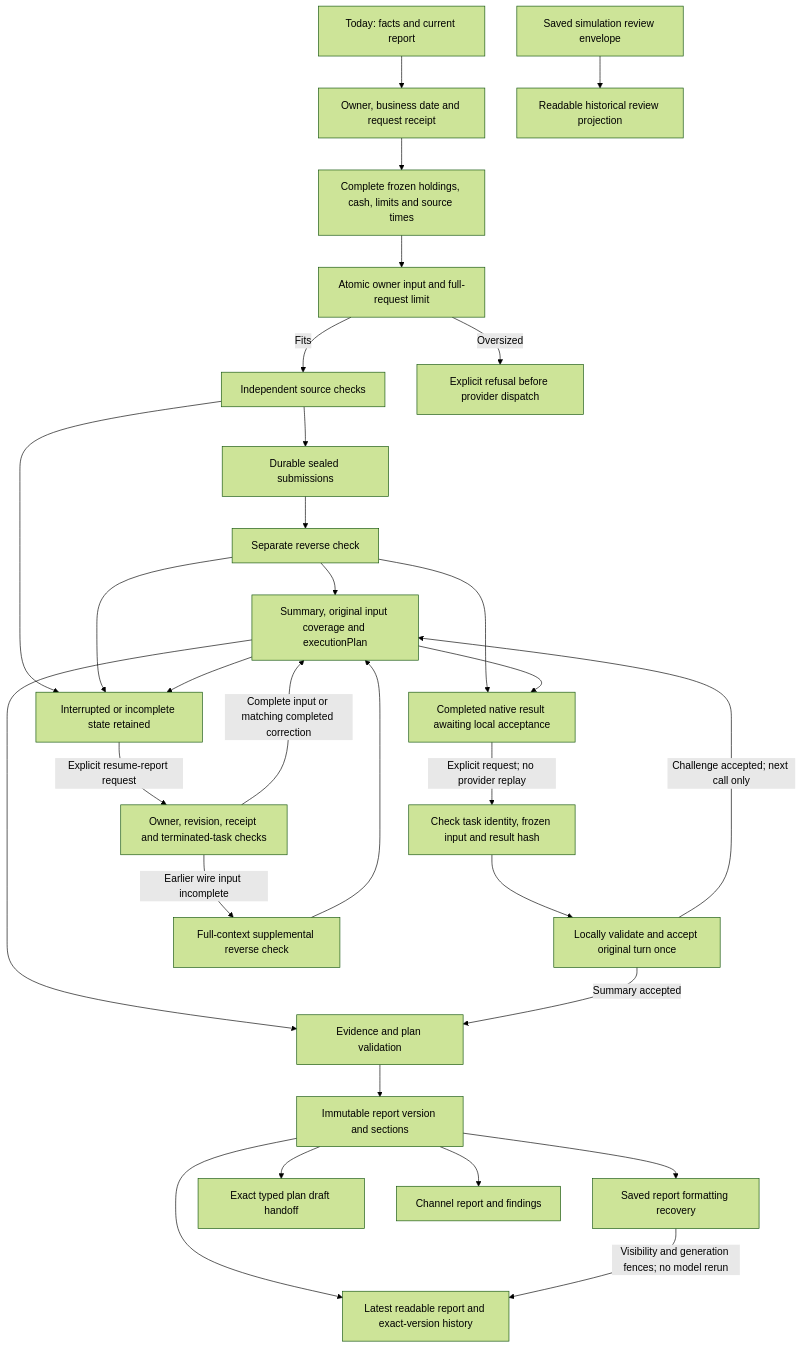
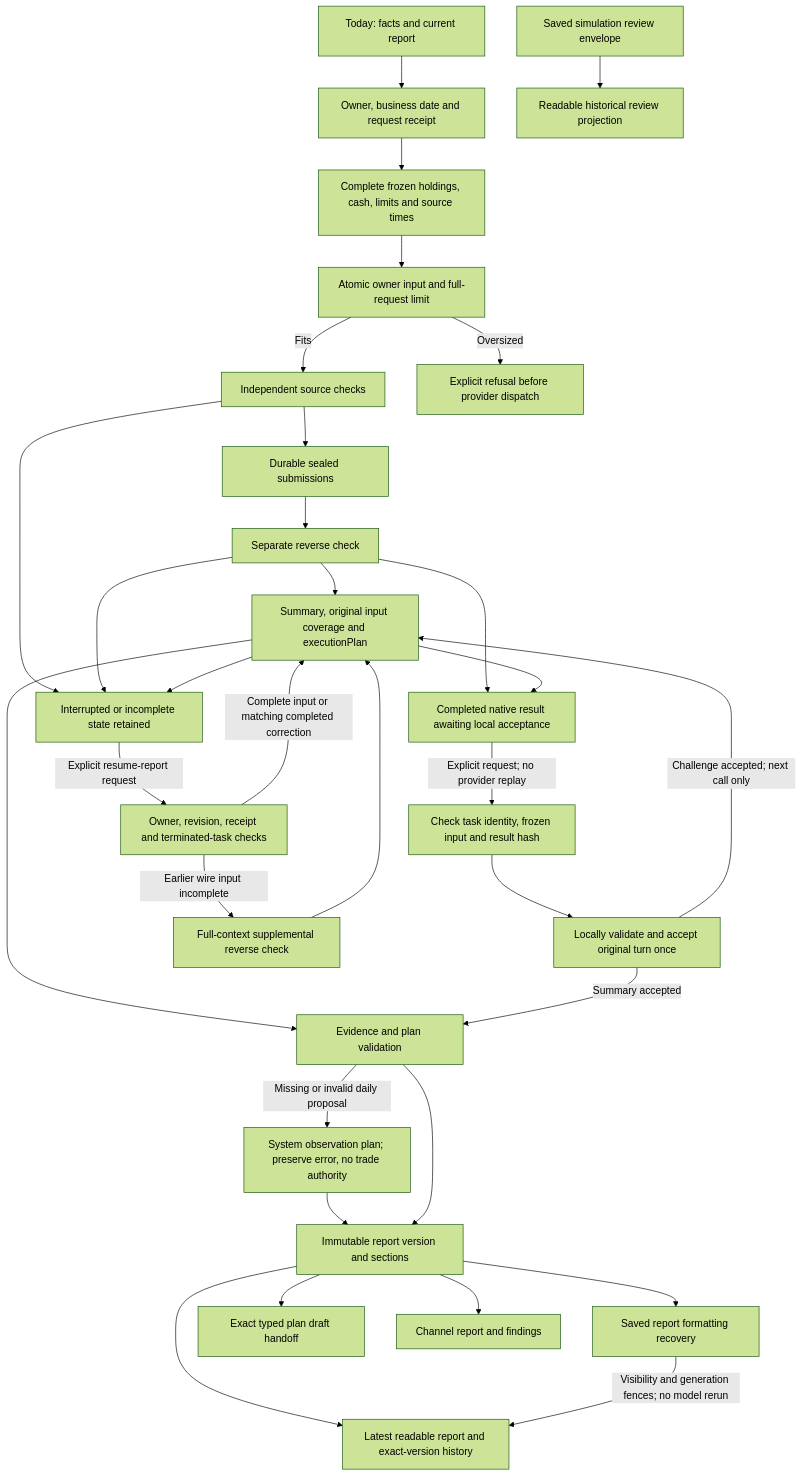
The second of 5 diagrams in docs/architecture.md (Lueyu/squabble), drawn with Mermaid (forest theme) before and after one commit. The commit also changed other lines of this file and 70 other files, not shown here.

````diff
--- a/docs/architecture.md
+++ b/docs/architecture.md
@@ -51,32 +53,34 @@
 ```mermaid
 flowchart TD
     today["Today: facts and current report"] --> request["Owner, business date and request receipt"]
     request --> frozen["Complete frozen holdings, cash, limits and source times"]
     frozen --> fit["Atomic owner input and full-request limit"]
     fit -->|"Fits"| independent["Independent source checks"]
     fit -->|"Oversized"| refuse["Explicit refusal before provider dispatch"]
     independent --> sealed["Durable sealed submissions"]
     sealed --> reverse["Separate reverse check"]
     reverse --> summary["Summary, original input coverage and executionPlan"]
     summary --> validate["Evidence and plan validation"]
+    validate -->|"Missing or invalid daily proposal"| observationPlan["System observation plan; preserve error, no trade authority"]
+    observationPlan --> archive
     validate --> archive["Immutable report version and sections"]
     archive --> reading["Latest readable report and exact-version history"]
     archive --> saved["Saved report formatting recovery"]
     saved -->|"Visibility and generation fences; no model rerun"| reading
     review["Saved simulation review envelope"] --> reviewProjection["Readable historical review projection"]
     archive --> handoff["Exact typed plan draft handoff"]
     archive --> channelSource["Channel report and findings"]
     independent --> interrupted["Interrupted or incomplete state retained"]
     reverse --> interrupted
     summary --> interrupted
     reverse --> returned["Completed native result awaiting local acceptance"]
     summary --> returned
     returned -->|"Explicit request; no provider replay"| reparse["Check task identity, frozen input and result hash"]
     reparse --> accept["Locally validate and accept original turn once"]
     accept -->|"Challenge accepted; next call only"| summary
     accept -->|"Summary accepted"| validate
     interrupted -->|"Explicit resume-report request"| resume["Owner, revision, receipt and terminated-task checks"]
     resume -->|"Earlier wire input incomplete"| correction["Full-context supplemental reverse check"]
     correction --> summary
     resume -->|"Complete input or matching completed correction"| summary
 ```
````
